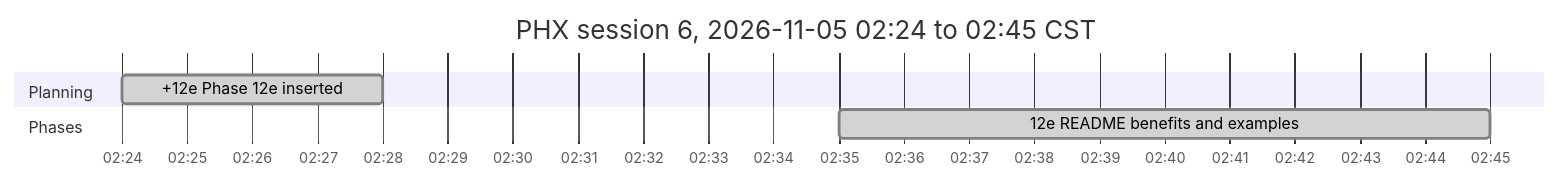
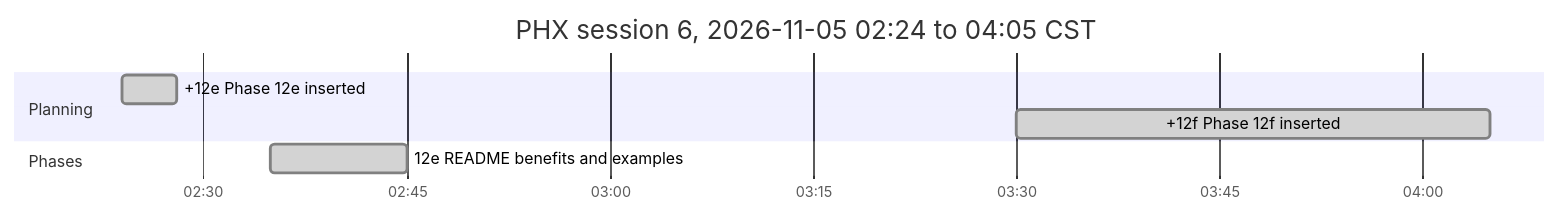
Before and after one commit to antonizick/PhaseHypervisor: the sixth of 6 diagrams in docs/PHX_FINAL-REPORT.md, drawn with Mermaid. The commit also changed other lines of this file and 4 other files, not shown here.

Commit message:
docs(plan): add phase 12f (phx report, resource trends and recommendations)

````diff
--- a/docs/PHX_FINAL-REPORT.md
+++ b/docs/PHX_FINAL-REPORT.md
@@ -162,10 +162,11 @@
 ```mermaid
 gantt
-    title PHX session 6, 2026-11-05 02:24 to 02:45 CST
+    title PHX session 6, 2026-11-05 02:24 to 04:05 CST
     dateFormat YYYY-MM-DD HH:mm
     axisFormat %H:%M
     section Planning
     +12e Phase 12e inserted :done, plan4, 2026-11-05 02:24, 2026-11-05 02:28
+    +12f Phase 12f inserted :done, plan5, 2026-11-05 03:30, 2026-11-05 04:05
     section Phases
     12e README benefits and examples :done, p12es6, 2026-11-05 02:35, 2026-11-05 02:45
 ```
````
